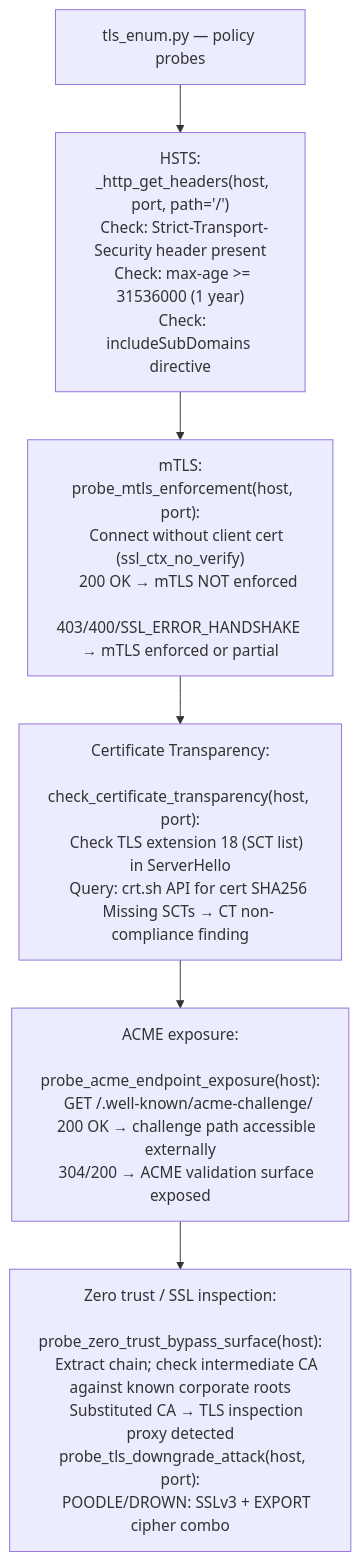
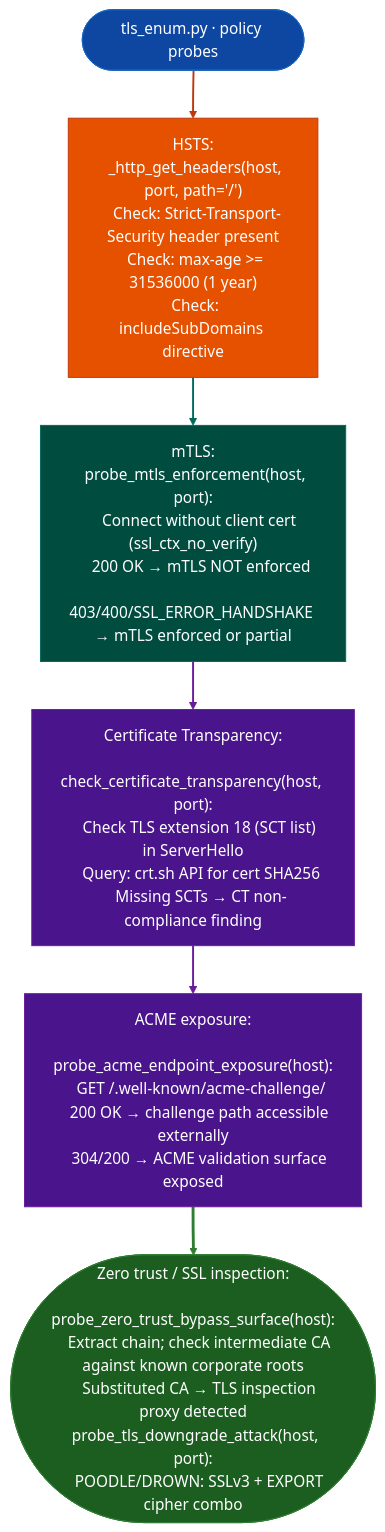
The diagram in docs/reference-modules/tls-policy-checks.md (Ablation-Tool/ablation), drawn with Mermaid before and after one commit. The commit also changed 320 other files, not shown here.

First line of the commit message:
docs: apply canonical Mermaid template to all 321 diagrams

````diff
--- a/docs/reference-modules/tls-policy-checks.md
+++ b/docs/reference-modules/tls-policy-checks.md
@@ -19,8 +19,19 @@
 ```mermaid
 flowchart TD
-    A["tls_enum.py — policy probes"] --> B["HSTS:\n  _http_get_headers(host, port, path='/')\n  Check: Strict-Transport-Security header present\n  Check: max-age >= 31536000 (1 year)\n  Check: includeSubDomains directive"]
-    B --> C["mTLS:\n  probe_mtls_enforcement(host, port):\n    Connect without client cert (ssl_ctx_no_verify)\n    200 OK → mTLS NOT enforced\n    403/400/SSL_ERROR_HANDSHAKE → mTLS enforced or partial"]
-    C --> D["Certificate Transparency:\n  check_certificate_transparency(host, port):\n    Check TLS extension 18 (SCT list) in ServerHello\n    Query: crt.sh API for cert SHA256\n    Missing SCTs → CT non-compliance finding"]
-    D --> E["ACME exposure:\n  probe_acme_endpoint_exposure(host):\n    GET /.well-known/acme-challenge/\n    200 OK → challenge path accessible externally\n    304/200 → ACME validation surface exposed"]
-    E --> F["Zero trust / SSL inspection:\n  probe_zero_trust_bypass_surface(host):\n    Extract chain; check intermediate CA against known corporate roots\n    Substituted CA → TLS inspection proxy detected\n  probe_tls_downgrade_attack(host, port):\n    POODLE/DROWN: SSLv3 + EXPORT cipher combo"]
+    A(["tls_enum.py · policy probes"]):::input --> B["HSTS:\n  _http_get_headers(host, port, path='/')\n  Check: Strict-Transport-Security header present\n  Check: max-age >= 31536000 (1 year)\n  Check: includeSubDomains directive"]:::primary
+    B:::primary --> C["mTLS:\n  probe_mtls_enforcement(host, port):\n    Connect without client cert (ssl_ctx_no_verify)\n    200 OK → mTLS NOT enforced\n    403/400/SSL_ERROR_HANDSHAKE → mTLS enforced or partial"]:::secondary
+    C:::secondary --> D["Certificate Transparency:\n  check_certificate_transparency(host, port):\n    Check TLS extension 18 (SCT list) in ServerHello\n    Query: crt.sh API for cert SHA256\n    Missing SCTs → CT non-compliance finding"]:::tertiary
+    D:::tertiary --> E["ACME exposure:\n  probe_acme_endpoint_exposure(host):\n    GET /.well-known/acme-challenge/\n    200 OK → challenge path accessible externally\n    304/200 → ACME validation surface exposed"]:::tertiary
+    E:::tertiary --> F(["Zero trust / SSL inspection:\n  probe_zero_trust_bypass_surface(host):\n    Extract chain; check intermediate CA against known corporate roots\n    Substituted CA → TLS inspection proxy detected\n  probe_tls_downgrade_attack(host, port):\n    POODLE/DROWN: SSLv3 + EXPORT cipher combo"]):::output
+    classDef input     fill:#0d47a1,stroke:#1565c0,color:#fff
+    classDef primary   fill:#e65100,stroke:#bf360c,color:#fff
+    classDef secondary fill:#004d40,stroke:#00695c,color:#fff
+    classDef tertiary  fill:#4a148c,stroke:#6a1b9a,color:#fff
+    classDef neutral   fill:#37474f,stroke:#546e7a,color:#fff
+    classDef output    fill:#1b5e20,stroke:#2e7d32,color:#fff
+    linkStyle 0 stroke:#bf360c,stroke-width:2px
+    linkStyle 1 stroke:#00695c,stroke-width:2px
+    linkStyle 2 stroke:#6a1b9a,stroke-width:2px
+    linkStyle 3 stroke:#6a1b9a,stroke-width:2px
+    linkStyle 4 stroke:#2e7d32,stroke-width:3px
 ```
````
